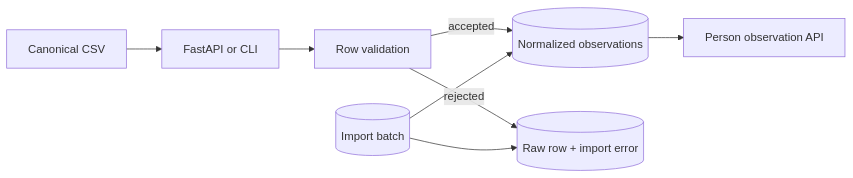
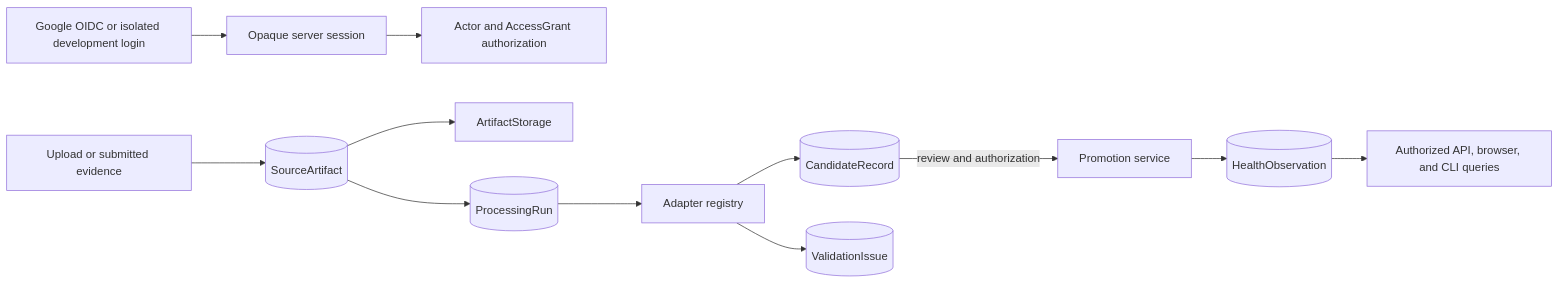
The diagram in docs/architecture.md (patreides-dev/health-avatar), drawn with Mermaid before and after one commit. The commit also changed other lines of this file and 10 other files, not shown here.

````diff
--- a/docs/architecture.md
+++ b/docs/architecture.md
@@ -9,10 +8,14 @@
 ```mermaid
 flowchart LR
-  CSV[Canonical CSV] --> API[FastAPI or CLI]
-  API --> V[Row validation]
-  V -->|accepted| N[(Normalized observations)]
-  V -->|rejected| R[(Raw row + import error)]
-  N --> Q[Person observation API]
-  B[(Import batch)] --> N
-  B --> R
+  I[Google OIDC or isolated development login] --> S[Opaque server session]
+  S --> A[Actor and AccessGrant authorization]
+  U[Upload or submitted evidence] --> SA[(SourceArtifact)]
+  SA --> ST[ArtifactStorage]
+  SA --> R[(ProcessingRun)]
+  R --> AR[Adapter registry]
+  AR --> C[(CandidateRecord)]
+  AR --> V[(ValidationIssue)]
+  C -->|review and authorization| P[Promotion service]
+  P --> O[(HealthObservation)]
+  O --> Q[Authorized API, browser, and CLI queries]
 ```
````
